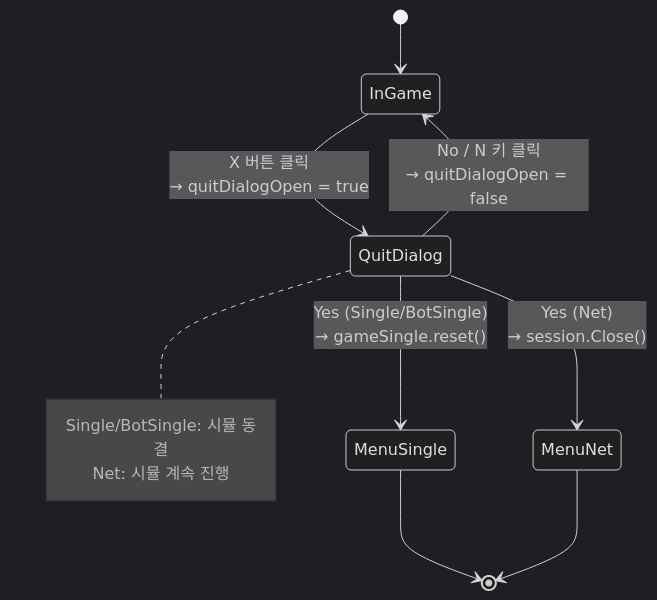
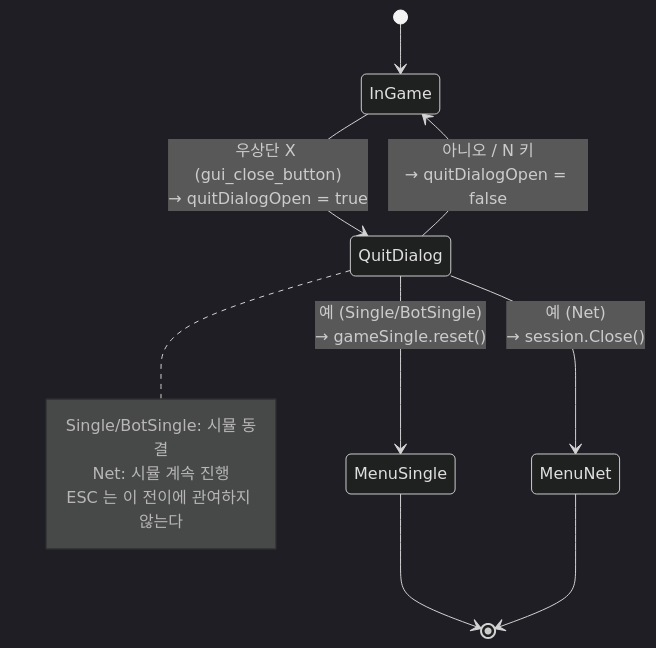
One commit to Rein-ArXiv/Tetris-Multiplayer-RL changed diagram 12 of 12 in docs/blog/part4-game-wrapper-and-loop.md. Above: the diagram before and after it, drawn with Mermaid (dark theme). The commit also changed other lines of this file and 41 other files, not shown here.

````diff
--- a/docs/blog/part4-game-wrapper-and-loop.md
+++ b/docs/blog/part4-game-wrapper-and-loop.md
@@ -1369,15 +2055,16 @@
 ```mermaid
 stateDiagram-v2
     [*] --> InGame
-    InGame --> QuitDialog: X 버튼 클릭<br/>→ quitDialogOpen = true
-    QuitDialog --> InGame: No / N 키 클릭<br/>→ quitDialogOpen = false
-    QuitDialog --> MenuSingle: Yes (Single/BotSingle)<br/>→ gameSingle.reset()
-    QuitDialog --> MenuNet: Yes (Net)<br/>→ session.Close()
+    InGame --> QuitDialog: 우상단 X (gui_close_button)<br/>→ quitDialogOpen = true
+    QuitDialog --> InGame: 아니오 / N 키<br/>→ quitDialogOpen = false
+    QuitDialog --> MenuSingle: 예 (Single/BotSingle)<br/>→ gameSingle.reset()
+    QuitDialog --> MenuNet: 예 (Net)<br/>→ session.Close()
     MenuSingle --> [*]
     MenuNet --> [*]
 
     note right of QuitDialog
         Single/BotSingle: 시뮬 동결
         Net: 시뮬 계속 진행
+        ESC 는 이 전이에 관여하지 않는다
     end note
 ```
````
